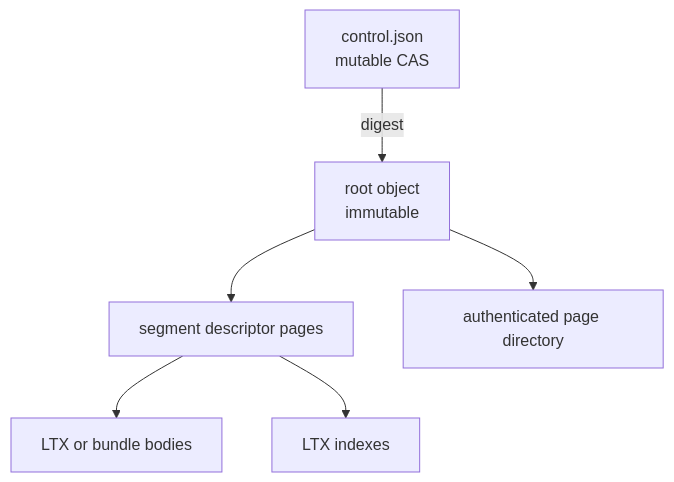
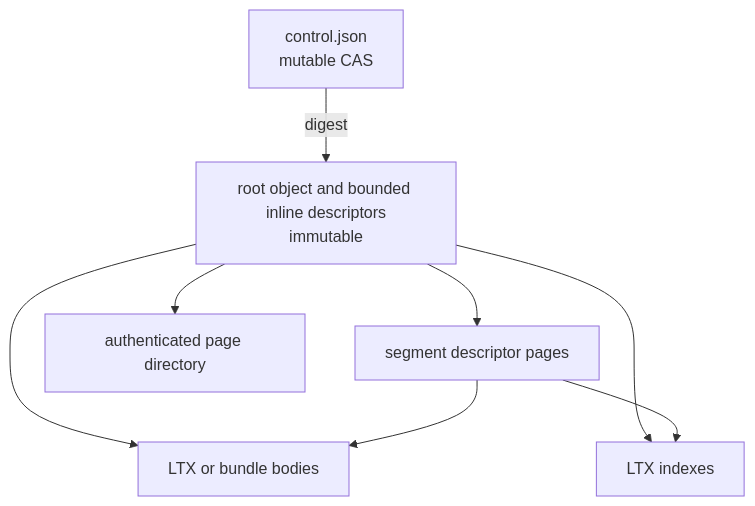
Before and after one commit to crabbuild/cellule: the second of 9 diagrams in crates/cellule-runtime/docs/storage.md, drawn with Mermaid. The commit also changed other lines of this file and 53 other files, not shown here.

````diff
--- a/crates/cellule-runtime/docs/storage.md
+++ b/crates/cellule-runtime/docs/storage.md
@@ -398,15 +398,17 @@
 ```mermaid
 flowchart TD
     Control[control.json<br/>mutable CAS]
-    Root[root object<br/>immutable]
+    Root[root object and bounded inline descriptors<br/>immutable]
     SegPages[segment descriptor pages]
     Bodies[LTX or bundle bodies]
     Indexes[LTX indexes]
     Directory[authenticated page directory]
 
     Control -->|digest| Root
     Root --> SegPages
+    Root --> Bodies
+    Root --> Indexes
     SegPages --> Bodies
     SegPages --> Indexes
     Root --> Directory
 ```
````
